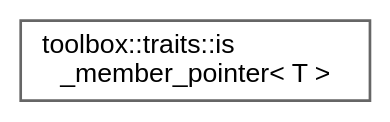
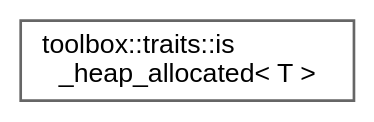
The diagram in inherit_graph_43.dot (nerdneilsfield/cpp-toolbox), drawn with Graphviz before and after one commit. The commit also changed 261 other files, not shown here.

```diff
--- a/inherit_graph_43.dot
+++ b/inherit_graph_43.dot
@@ -1,9 +1,9 @@
 digraph "Graphical Class Hierarchy"
 {
  // LATEX_PDF_SIZE
   bgcolor="transparent";
   edge [fontname=Helvetica,fontsize=10,labelfontname=Helvetica,labelfontsize=10];
   node [fontname=Helvetica,fontsize=10,shape=box,height=0.2,width=0.4];
   rankdir="LR";
-  Node0 [id="Node000000",label="toolbox::traits::is\l_member_pointer\< T \>",height=0.2,width=0.4,color="grey40", fillcolor="white", style="filled",URL="$structtoolbox_1_1traits_1_1is__member__pointer.html",tooltip="检查类型是否为成员指针/Check if type is a member pointer"];
+  Node0 [id="Node000000",label="toolbox::traits::is\l_heap_allocated\< T \>",height=0.2,width=0.4,color="grey40", fillcolor="white", style="filled",URL="$structtoolbox_1_1traits_1_1is__heap__allocated.html",tooltip="检查类型是否必须堆分配/Check if type must be heap allocated"];
 }
```
